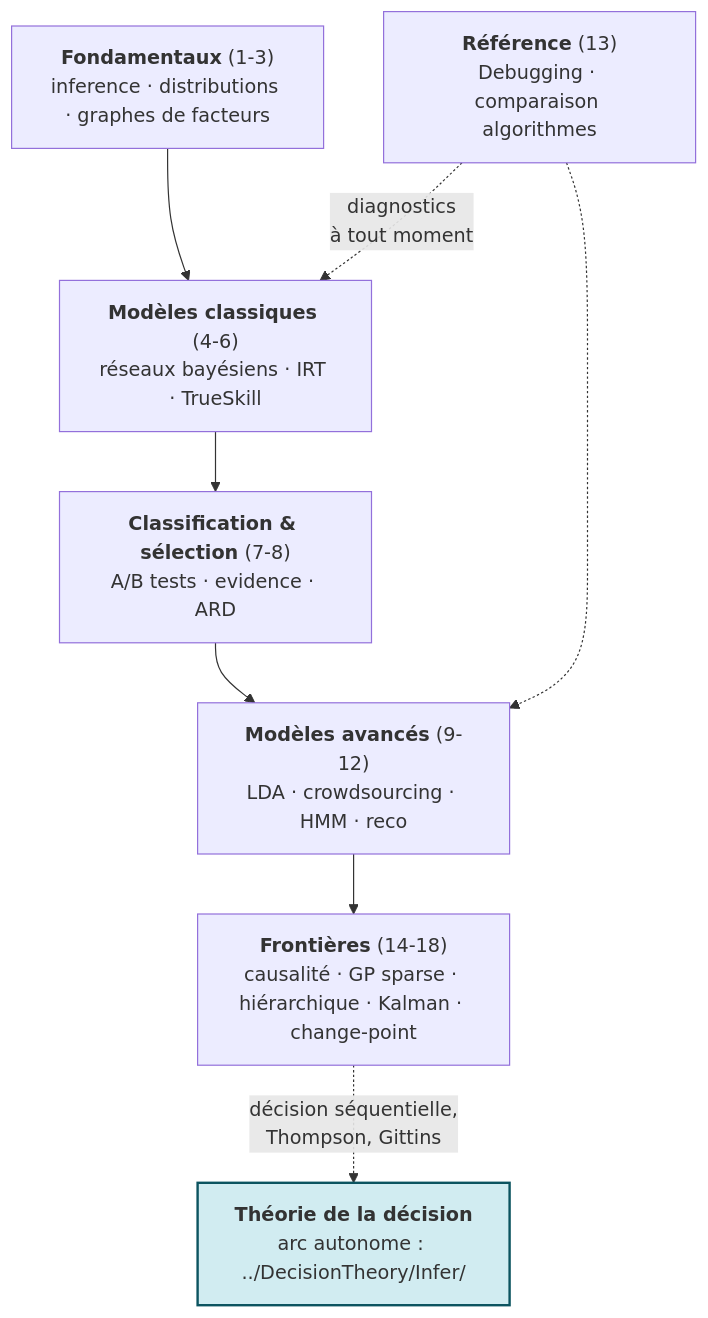
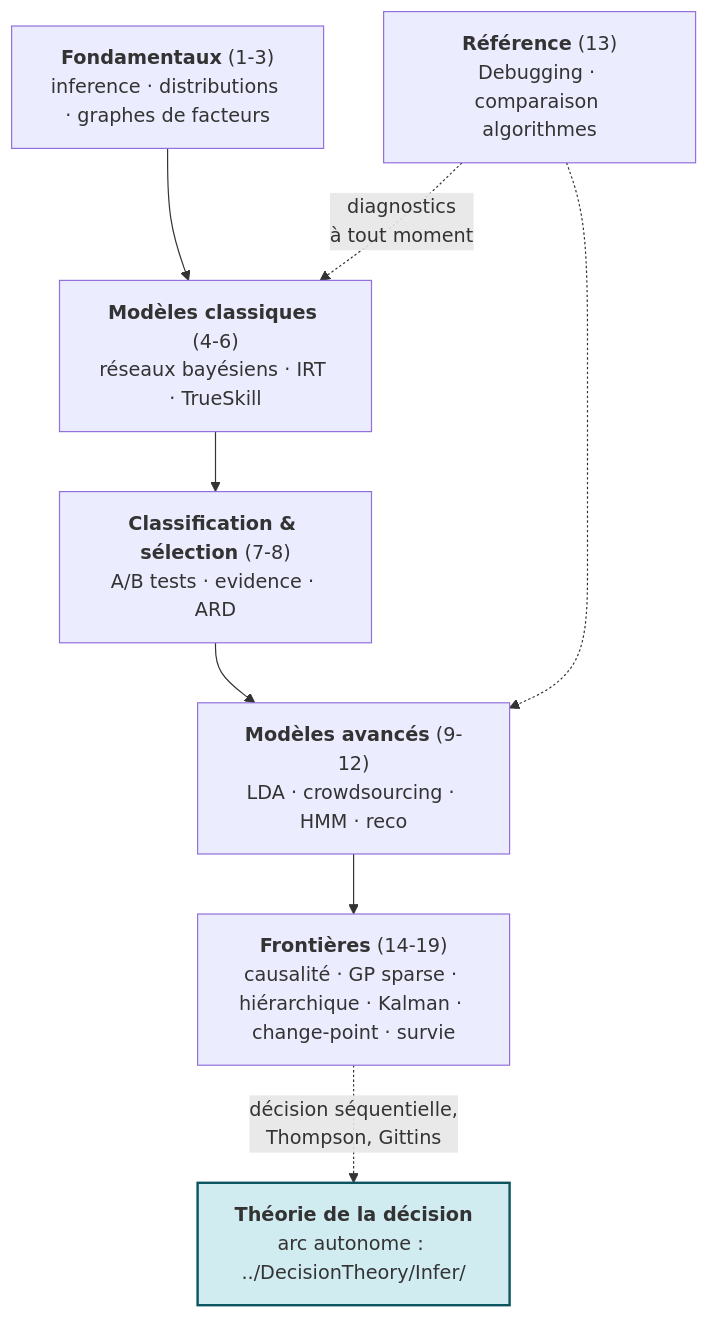
One commit to jsboige/CoursIA changed the second of 2 diagrams in MyIA.AI.Notebooks/Probas/Infer/README.md. Above: the diagram before and after it, drawn with Mermaid. The commit also changed other lines of this file and 2 other files, not shown here.

````diff
--- a/MyIA.AI.Notebooks/Probas/Infer/README.md
+++ b/MyIA.AI.Notebooks/Probas/Infer/README.md
@@ -78,17 +79,17 @@
 ```mermaid
 flowchart TD
     P1["<b>Fondamentaux</b> (1-3)<br/>inference · distributions · graphes de facteurs"]
     P2["<b>Modèles classiques</b> (4-6)<br/>réseaux bayésiens · IRT · TrueSkill"]
     P3["<b>Classification & sélection</b> (7-8)<br/>A/B tests · evidence · ARD"]
     P4["<b>Modèles avancés</b> (9-12)<br/>LDA · crowdsourcing · HMM · reco"]
     P5["<b>Référence</b> (13)<br/>Debugging · comparaison algorithmes"]
-    P8["<b>Frontières</b> (14-18)<br/>causalité · GP sparse · hiérarchique · Kalman · change-point"]
+    P8["<b>Frontières</b> (14-19)<br/>causalité · GP sparse · hiérarchique · Kalman · change-point · survie"]
     DT["<b>Théorie de la décision</b><br/>arc autonome : ../DecisionTheory/Infer/"]
     P1 --> P2 --> P3 --> P4
     P4 --> P8
     P5 -.->|"diagnostics<br/>à tout moment"| P2
     P5 -.-> P4
     P8 -.->|"décision séquentielle,<br/>Thompson, Gittins"| DT
     classDef decision fill:#d1ecf1,stroke:#0c5460,stroke-width:2px;
     class DT decision;
 ```
````
